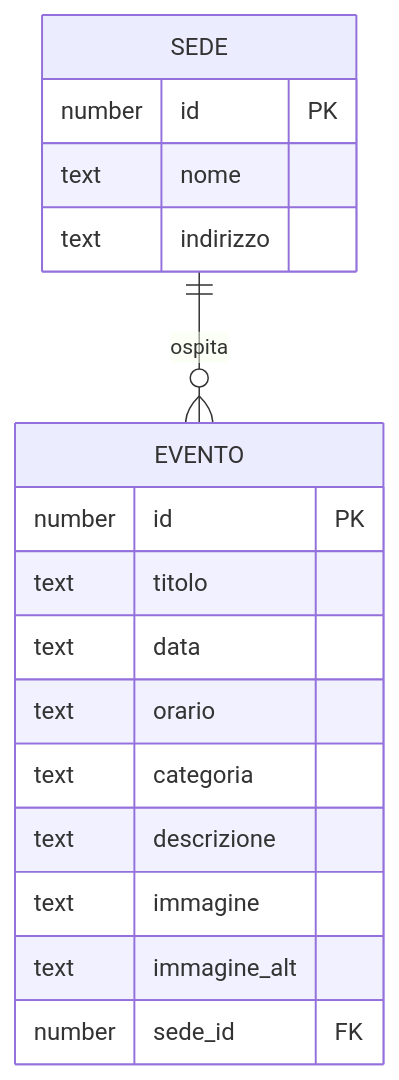
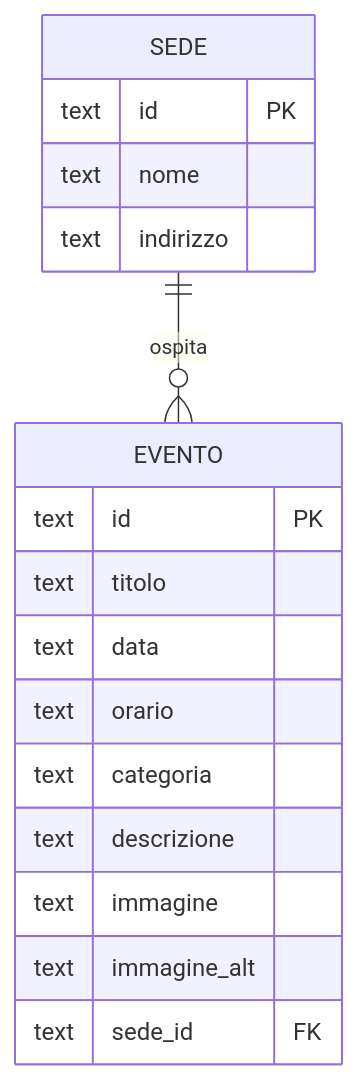
One commit to pietro2002519/festival-segnale changed the diagram in dati/SCHEMA.md. Above: the diagram before and after it, drawn with Mermaid. The commit also changed other lines of this file and 8 other files, not shown here.

Commit message:
Settimana 9: dati del Programma da CSV pubblicato con Papa Parse; sezione notizie Home; schema e resoconto aggiornati

````diff
--- a/dati/SCHEMA.md
+++ b/dati/SCHEMA.md
@@ -59,20 +69,20 @@
 ```mermaid
 erDiagram
     SEDE ||--o{ EVENTO : ospita
     SEDE {
-        number id PK
+        text id PK
         text nome
         text indirizzo
     }
     EVENTO {
-        number id PK
+        text id PK
         text titolo
         text data
         text orario
         text categoria
         text descrizione
         text immagine
         text immagine_alt
-        number sede_id FK
+        text sede_id FK
     }
 ```
````
